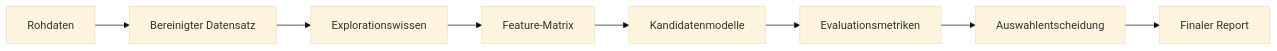
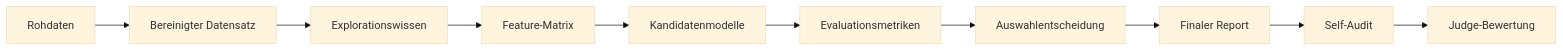
One commit to FelixTCP/data-forecast-generator_kip changed the second of 2 diagrams in SYSTEM-DOCUMENTATION.md. Above: the diagram before and after it, drawn with Mermaid (base theme). The commit also changed other lines of this file and 1 other file, not shown here.

Commit message:
dokumentation judge agent aktualisiert

````diff
--- a/SYSTEM-DOCUMENTATION.md
+++ b/SYSTEM-DOCUMENTATION.md
@@ -279,10 +309,12 @@
 ```mermaid
 flowchart LR
     A["Rohdaten"] --> B["Bereinigter Datensatz"]
     B --> C["Explorationswissen"]
     C --> D["Feature-Matrix"]
     D --> E["Kandidatenmodelle"]
     E --> F["Evaluationsmetriken"]
     F --> G["Auswahlentscheidung"]
     G --> H["Finaler Report"]
+    H --> I["Self-Audit"]
+    I --> J["Judge-Bewertung"]
 ```
````
